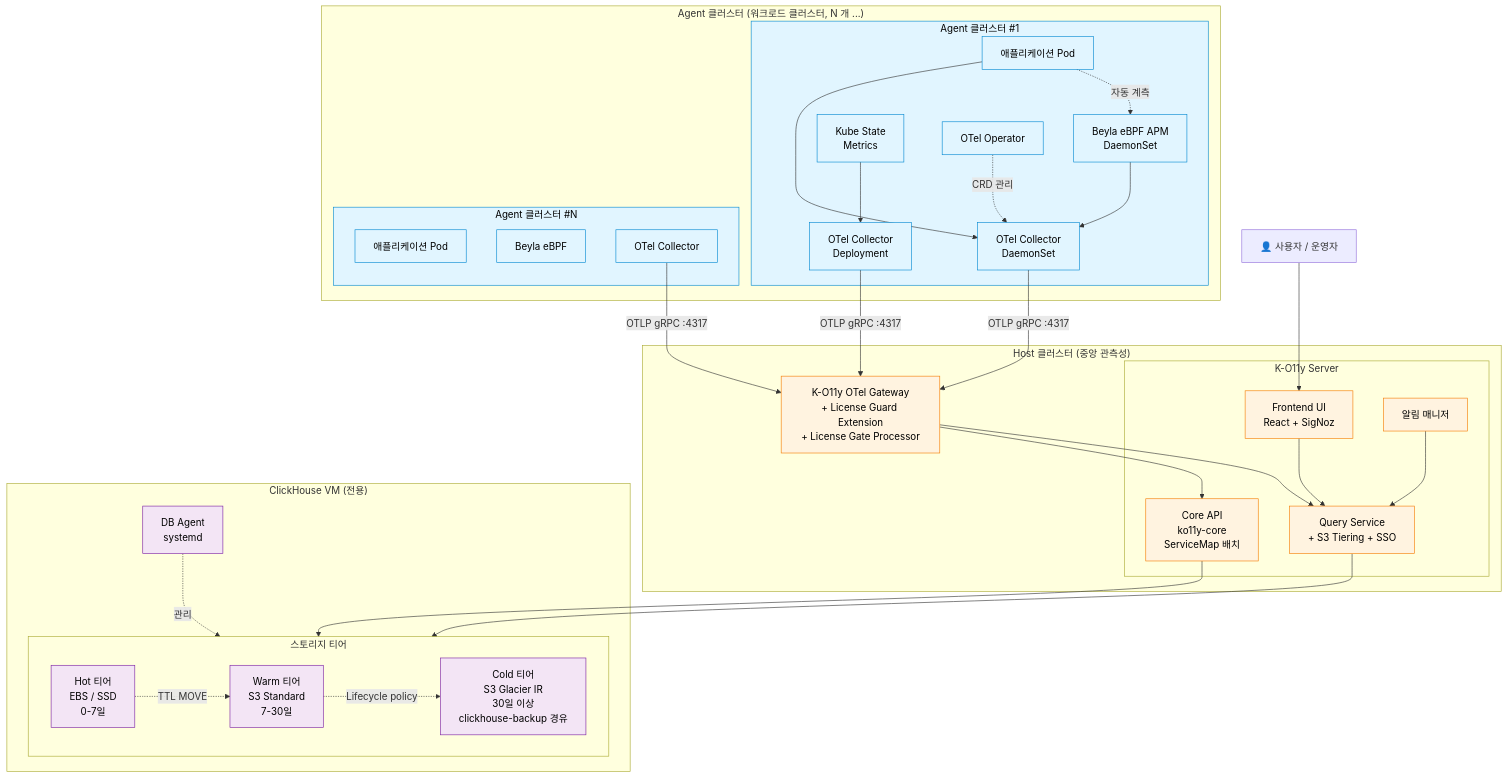
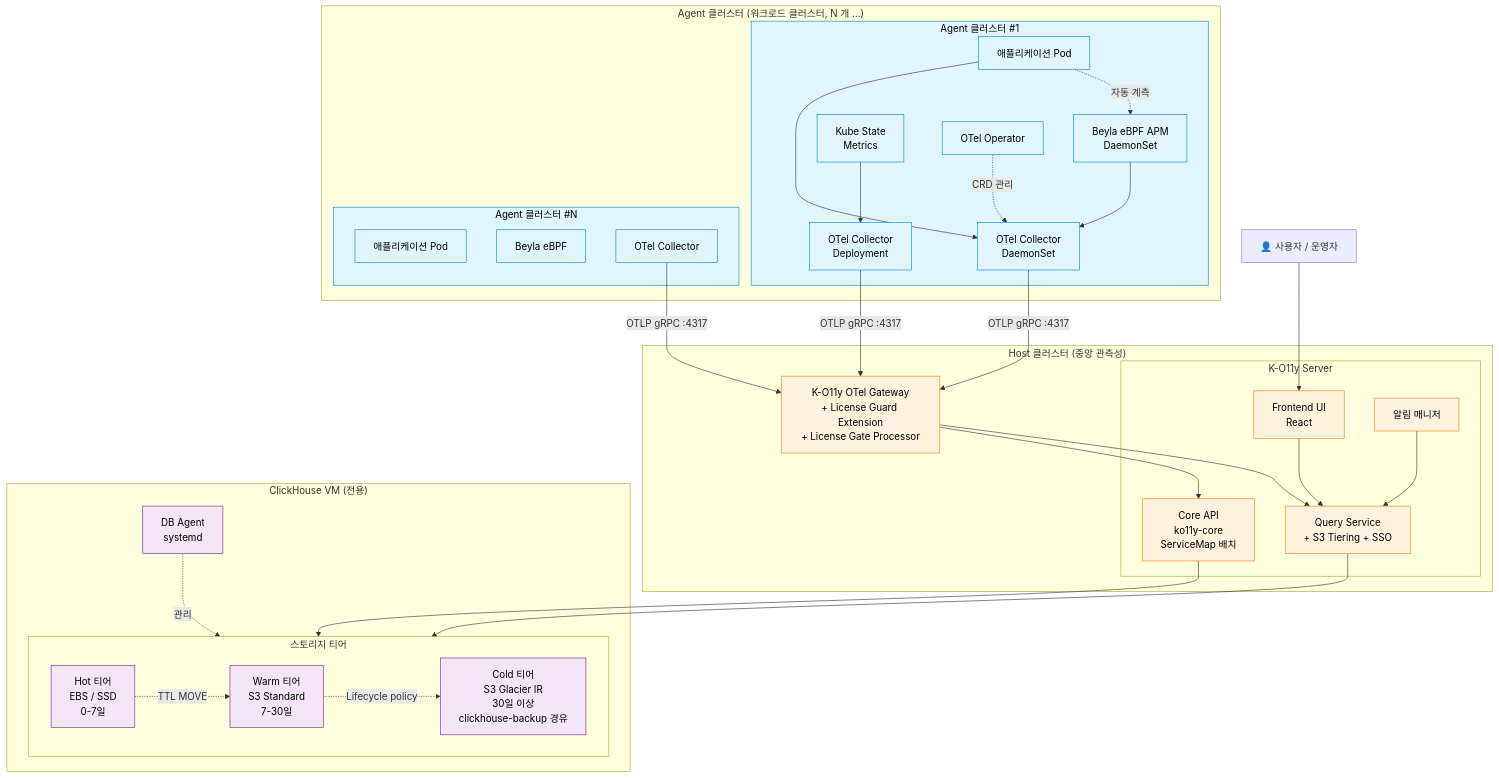
The diagram in README.ko.md (Wondermove-Inc/k-o11y), drawn with Mermaid before and after one commit. The commit also changed other lines of this file and 1 other file, not shown here.

Commit message:
docs: minimize SigNoz mentions in README (keep license attribution only)

````diff
--- a/README.ko.md
+++ b/README.ko.md
@@ -59,70 +59,70 @@
 ```mermaid
 flowchart TB
     subgraph AgentClusters["Agent 클러스터 (워크로드 클러스터, N 개 ...)"]
         subgraph AgentCluster1["Agent 클러스터 #1"]
             App1[애플리케이션 Pod]
             Beyla1[Beyla eBPF APM<br/>DaemonSet]
             OtelAgent1[OTel Collector<br/>DaemonSet]
             OtelDeploy1[OTel Collector<br/>Deployment]
             KSM1[Kube State<br/>Metrics]
             OtelOp1[OTel Operator]
 
             App1 -.자동 계측.-> Beyla1
             Beyla1 --> OtelAgent1
             App1 --> OtelAgent1
             KSM1 --> OtelDeploy1
             OtelOp1 -.CRD 관리.-> OtelAgent1
         end
 
         subgraph AgentClusterN["Agent 클러스터 #N"]
             AppN[애플리케이션 Pod]
             BeylaN[Beyla eBPF]
             OtelAgentN[OTel Collector]
         end
     end
 
     subgraph HostCluster["Host 클러스터 (중앙 관측성)"]
         Gateway["K-O11y OTel Gateway<br/>+ License Guard Extension<br/>+ License Gate Processor"]
 
         subgraph Server["K-O11y Server"]
-            Frontend[Frontend UI<br/>React + SigNoz]
+            Frontend[Frontend UI<br/>React]
             QueryService[Query Service<br/>+ S3 Tiering + SSO]
             AlertManager[알림 매니저]
             Core[Core API<br/>ko11y-core<br/>ServiceMap 배치]
         end
 
         Gateway --> QueryService
         Gateway --> Core
         AlertManager --> QueryService
         Frontend --> QueryService
     end
 
     subgraph ClickHouseVM["ClickHouse VM (전용)"]
         subgraph Storage["스토리지 티어"]
             Hot[Hot 티어<br/>EBS / SSD<br/>0-7일]
             Warm[Warm 티어<br/>S3 Standard<br/>7-30일]
             Cold[Cold 티어<br/>S3 Glacier IR<br/>30일 이상<br/>clickhouse-backup 경유]
 
             Hot -.TTL MOVE.-> Warm
             Warm -.Lifecycle policy.-> Cold
         end
         DBAgent[DB Agent<br/>systemd]
         DBAgent -.관리.-> Storage
     end
 
     QueryService --> Storage
     Core --> Storage
 
     OtelAgent1 -->|OTLP gRPC :4317| Gateway
     OtelDeploy1 -->|OTLP gRPC :4317| Gateway
     OtelAgentN -->|OTLP gRPC :4317| Gateway
 
     User[👤 사용자 / 운영자] --> Frontend
 
     classDef agent fill:#e1f5ff,stroke:#0288d1,color:#000
     classDef host fill:#fff3e0,stroke:#f57c00,color:#000
     classDef storage fill:#f3e5f5,stroke:#7b1fa2,color:#000
     class AgentCluster1,AgentClusterN,App1,AppN,Beyla1,BeylaN,OtelAgent1,OtelAgentN,OtelDeploy1,KSM1,OtelOp1 agent
     class Gateway,Frontend,QueryService,AlertManager,Core host
     class Hot,Warm,Cold,DBAgent storage
 ```
````
